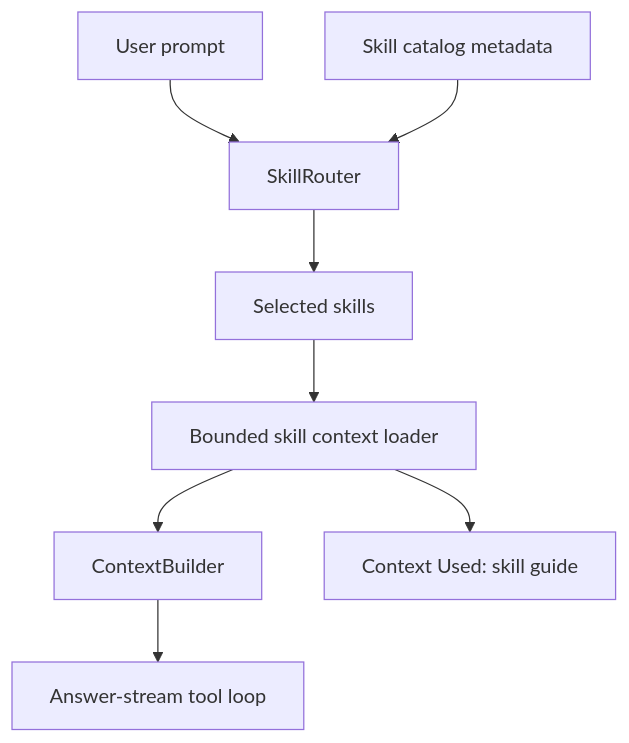
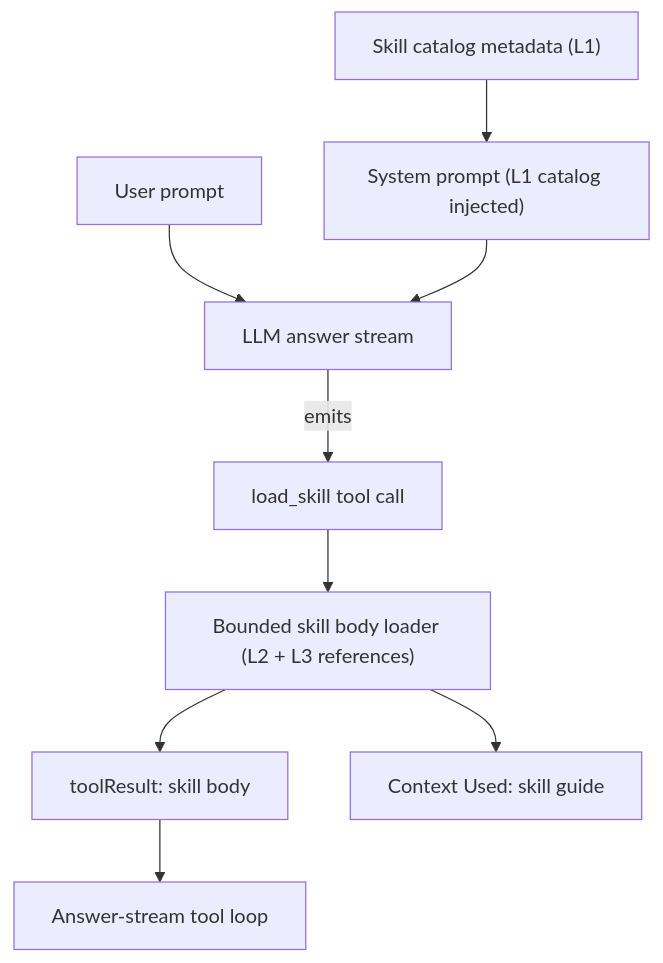
The third of 3 diagrams in docs/pa-agent-architecture-plan.md (edonyzpc/personal-assistant), drawn with Mermaid before and after one commit. The commit also changed other lines of this file and 2 other files, not shown here.

Commit message:
docs(pa-agent): update canonical runtime architecture notes

````diff
--- a/docs/pa-agent-architecture-plan.md
+++ b/docs/pa-agent-architecture-plan.md
@@ -405,19 +403,20 @@
 ```mermaid
 flowchart TD
   Prompt["User prompt"]
-  Catalog["Skill catalog metadata"]
-  Router["SkillRouter"]
-  Selected["Selected skills"]
-  Loader["Bounded skill context loader"]
-  Context["ContextBuilder"]
+  Catalog["Skill catalog metadata (L1)"]
+  SysPrompt["System prompt (L1 catalog injected)"]
+  Model["LLM answer stream"]
+  LoadSkill["load_skill tool call"]
+  Loader["Bounded skill body loader (L2 + L3 references)"]
+  ToolResult["toolResult: skill body"]
   Loop["Answer-stream tool loop"]
   Used["Context Used: skill guide"]
 
-  Prompt --> Router
-  Catalog --> Router
-  Router --> Selected
-  Selected --> Loader
-  Loader --> Context
-  Context --> Loop
+  Catalog --> SysPrompt
+  Prompt --> Model
+  SysPrompt --> Model
+  Model -->|"emits"| LoadSkill
+  LoadSkill --> Loader
+  Loader --> ToolResult --> Loop
   Loader --> Used
 ```
````
